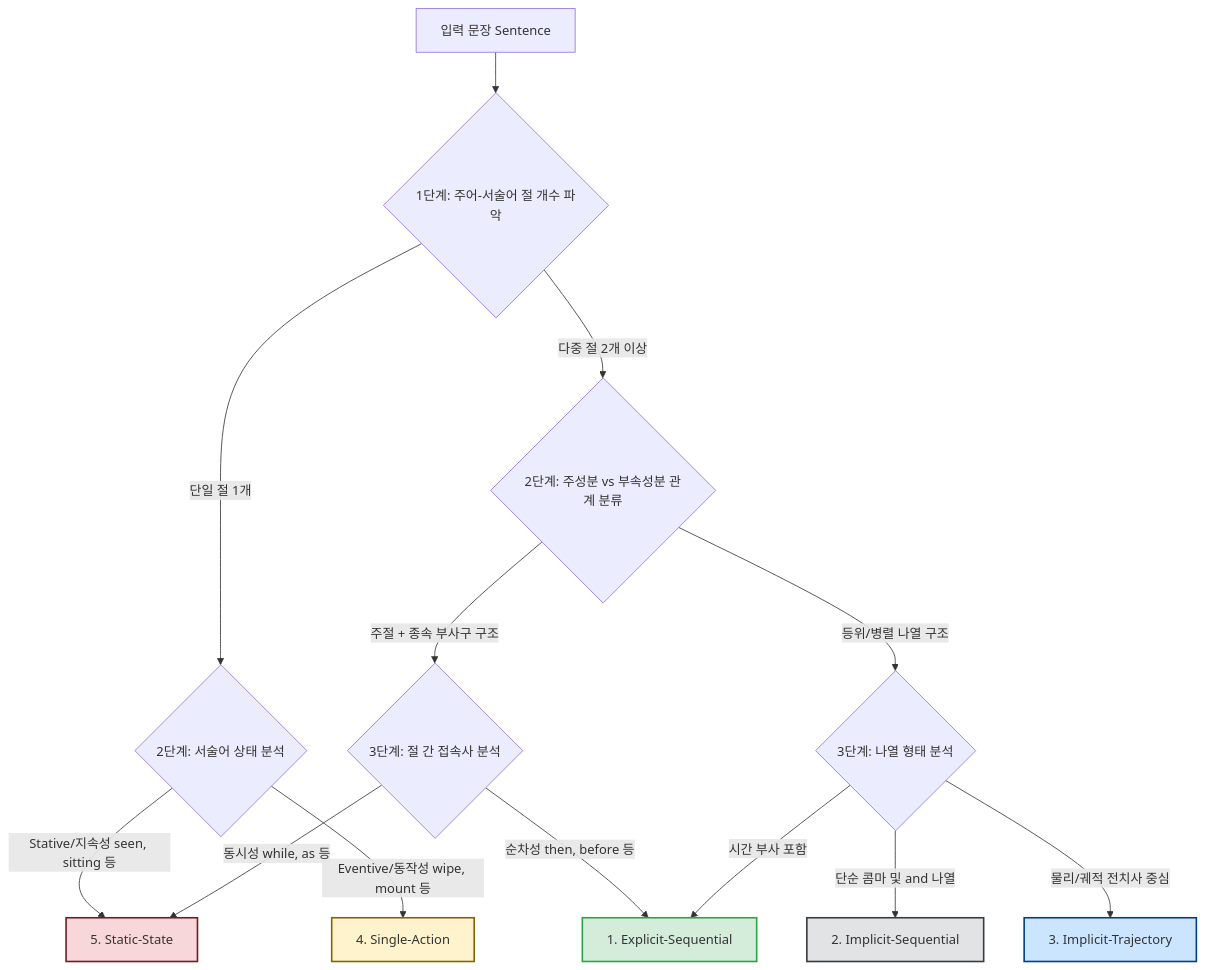
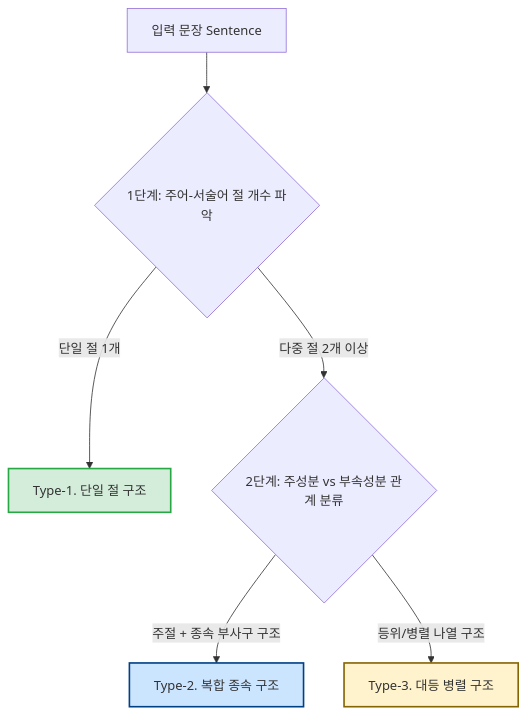
One commit to Song-exp/SNU_Challenge changed the diagram in eda_문장모호성.md. Above: the diagram before and after it, drawn with Mermaid. The commit also changed other lines of this file and 10 other files, not shown here.

````diff
--- a/eda_문장모호성.md
+++ b/eda_문장모호성.md
@@ -21,25 +16,14 @@
 ```mermaid
 graph TD
     A[입력 문장 Sentence] --> B{1단계: 주어-서술어 절 개수 파악}
     
-    B -- 단일 절 1개 --> C{2단계: 서술어 상태 분석}
-    C -- Stative/지속성 seen, sitting 등 --> D[5. Static-State]
-    C -- Eventive/동작성 wipe, mount 등 --> E[4. Single-Action]
+    B -- 단일 절 1개 --> C[Type-1. 단일 절 구조]
+    B -- 다중 절 2개 이상 --> D{2단계: 주성분 vs 부속성분 관계 분류}
     
-    B -- 다중 절 2개 이상 --> F{2단계: 주성분 vs 부속성분 관계 분류}
-    F -- 주절 + 종속 부사구 구조 --> G{3단계: 절 간 접속사 분석}
-    F -- 등위/병렬 나열 구조 --> H{3단계: 나열 형태 분석}
-    
-    G -- 동시성 while, as 등 --> D
-    G -- 순차성 then, before 등 --> I[1. Explicit-Sequential]
-    
-    H -- 시간 부사 포함 --> I
-    H -- 단순 콤마 및 and 나열 --> J[2. Implicit-Sequential]
-    H -- 물리/궤적 전치사 중심 --> K[3. Implicit-Trajectory]
+    D -- 주절 + 종속 부사구 구조 --> E[Type-2. 복합 종속 구조]
+    D -- 등위/병렬 나열 구조 --> F[Type-3. 대등 병렬 구조]
 
-    style I fill:#d4edda,stroke:#28a745,stroke-width:2px
-    style J fill:#e2e3e5,stroke:#383d41,stroke-width:2px
-    style K fill:#cce5ff,stroke:#004085,stroke-width:2px
-    style E fill:#fff3cd,stroke:#856404,stroke-width:2px
-    style D fill:#f8d7da,stroke:#721c24,stroke-width:2px
+    style C fill:#d4edda,stroke:#28a745,stroke-width:2px
+    style E fill:#cce5ff,stroke:#004085,stroke-width:2px
+    style F fill:#fff3cd,stroke:#856404,stroke-width:2px
 ```
````
